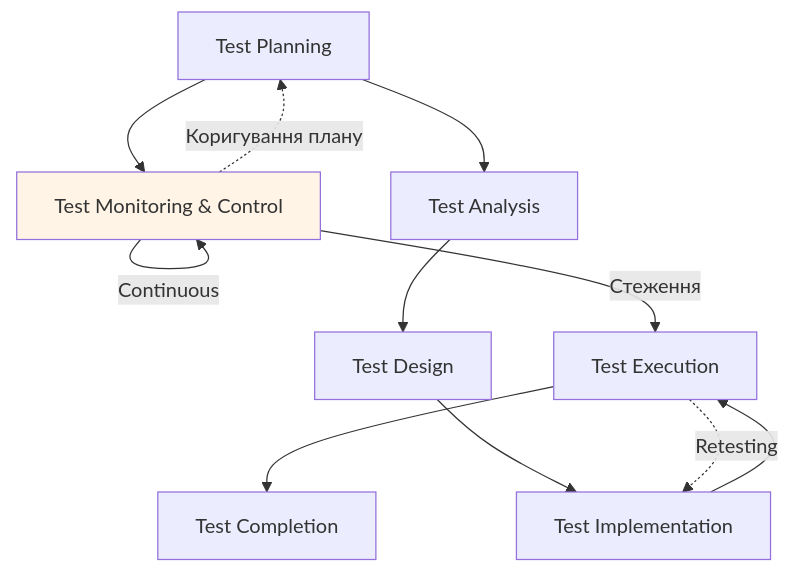
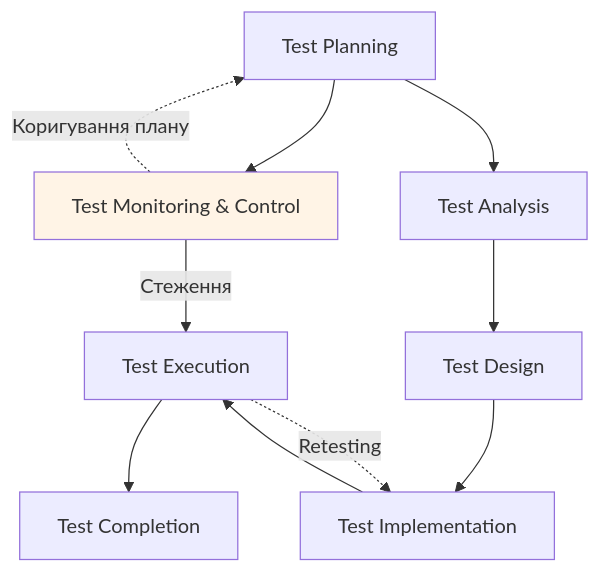
The first of 2 diagrams in dist/Частина 1/Вступ на фундаментальні основи/Глава 3/Процеси та цикли тестування.md (STT-VITI-22/stt-handbook), drawn with Mermaid before and after one commit. The commit also changed other lines of this file, not shown here.

````diff
--- a/dist/Частина 1/Вступ на фундаментальні основи/Глава 3/Процеси та цикли тестування.md
+++ b/dist/Частина 1/Вступ на фундаментальні основи/Глава 3/Процеси та цикли тестування.md
@@ -214,14 +214,13 @@
 ```mermaid
 graph TD
     A[Test Planning] --> B[Test Monitoring & Control]
     A --> C[Test Analysis]
-    B -->|Continuous| B
     C --> D[Test Design]
     D --> E[Test Implementation]
     E --> F[Test Execution]
     B -->|Стеження| F
     F --> G[Test Completion]
     F -.Retesting.-> E
     B -.Коригування плану.-> A
     style B fill:#fff4e6
 ```
````
